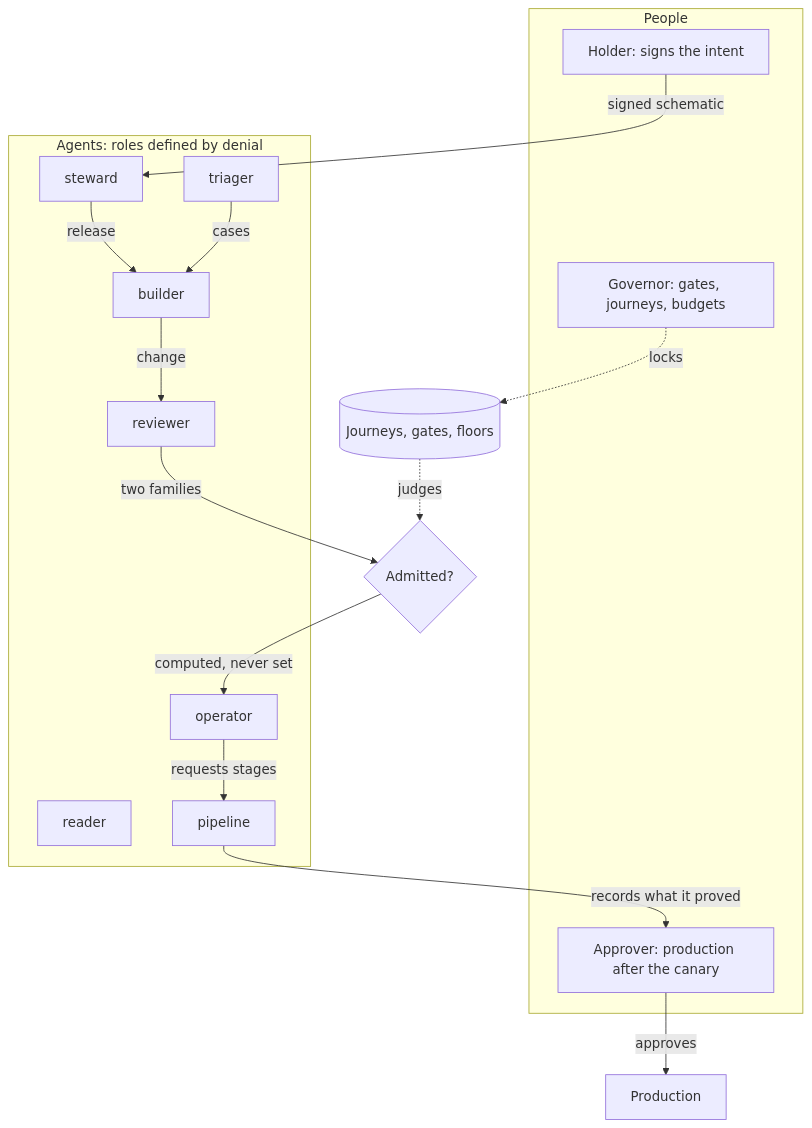
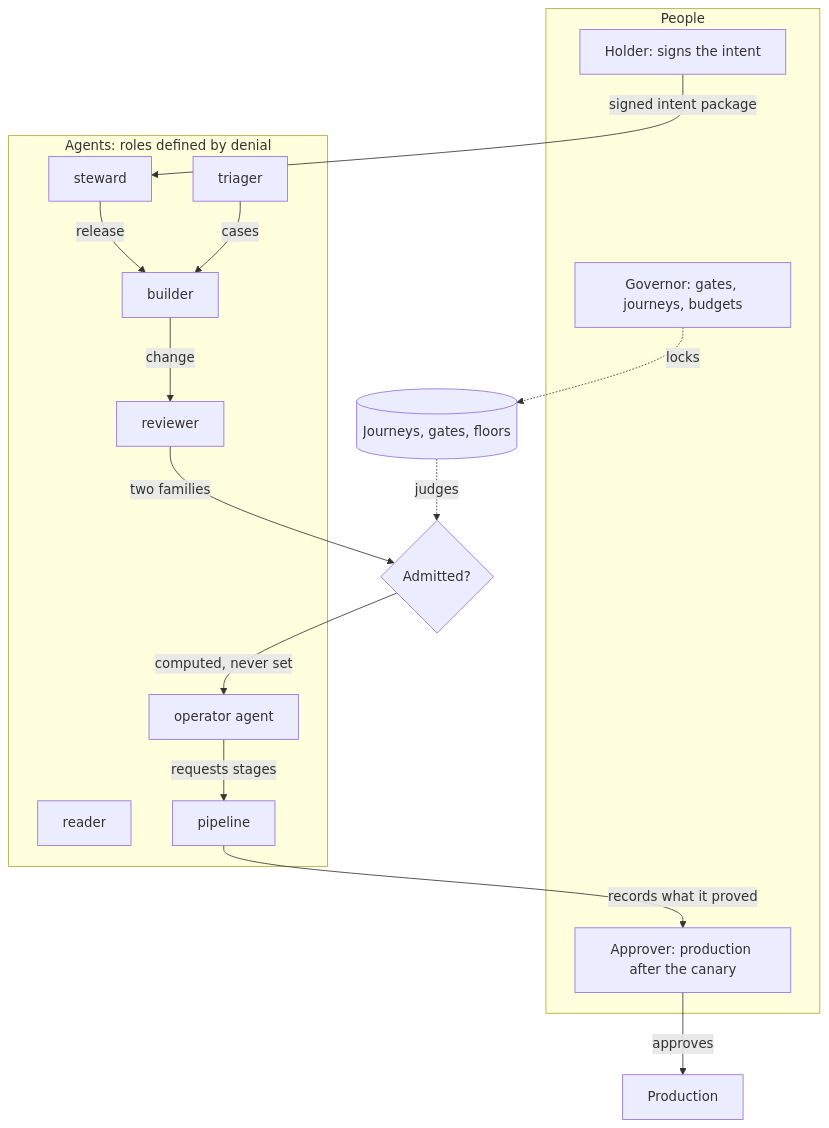
One commit to russlittle/ZTHR changed the fourth of 8 diagrams in intent/papers/the-line.md. Above: the diagram before and after it, drawn with Mermaid. The commit also changed other lines of this file and 13 other files, not shown here.

````diff
--- a/intent/papers/the-line.md
+++ b/intent/papers/the-line.md
@@ -144,28 +214,28 @@
 ```mermaid
 flowchart TB
   subgraph People["People"]
     H[Holder: signs the intent]
     A[Approver: production after the canary]
     G[Governor: gates, journeys, budgets]
   end
   subgraph Agents["Agents: roles defined by denial"]
     R[reader]
     ST[steward]
     B[builder]
     RV[reviewer]
-    O[operator]
+    O[operator agent]
     T[triager]
     PL[pipeline]
   end
-  H -->|signed schematic| ST
+  H -->|signed intent package| ST
   ST -->|release| B
   B -->|change| RV
   RV -->|two families| AD{Admitted?}
   AD -->|computed, never set| O
   O -->|requests stages| PL
   PL -->|records what it proved| A
   A -->|approves| PROD[Production]
   T -->|cases| B
   G -.locks.-> J[(Journeys, gates, floors)]
   J -.judges.-> AD
 ```
````
